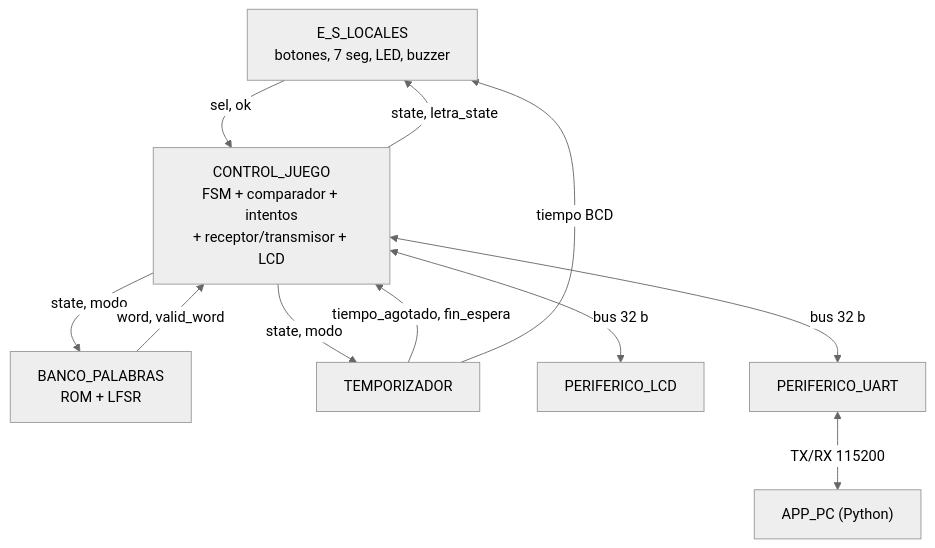
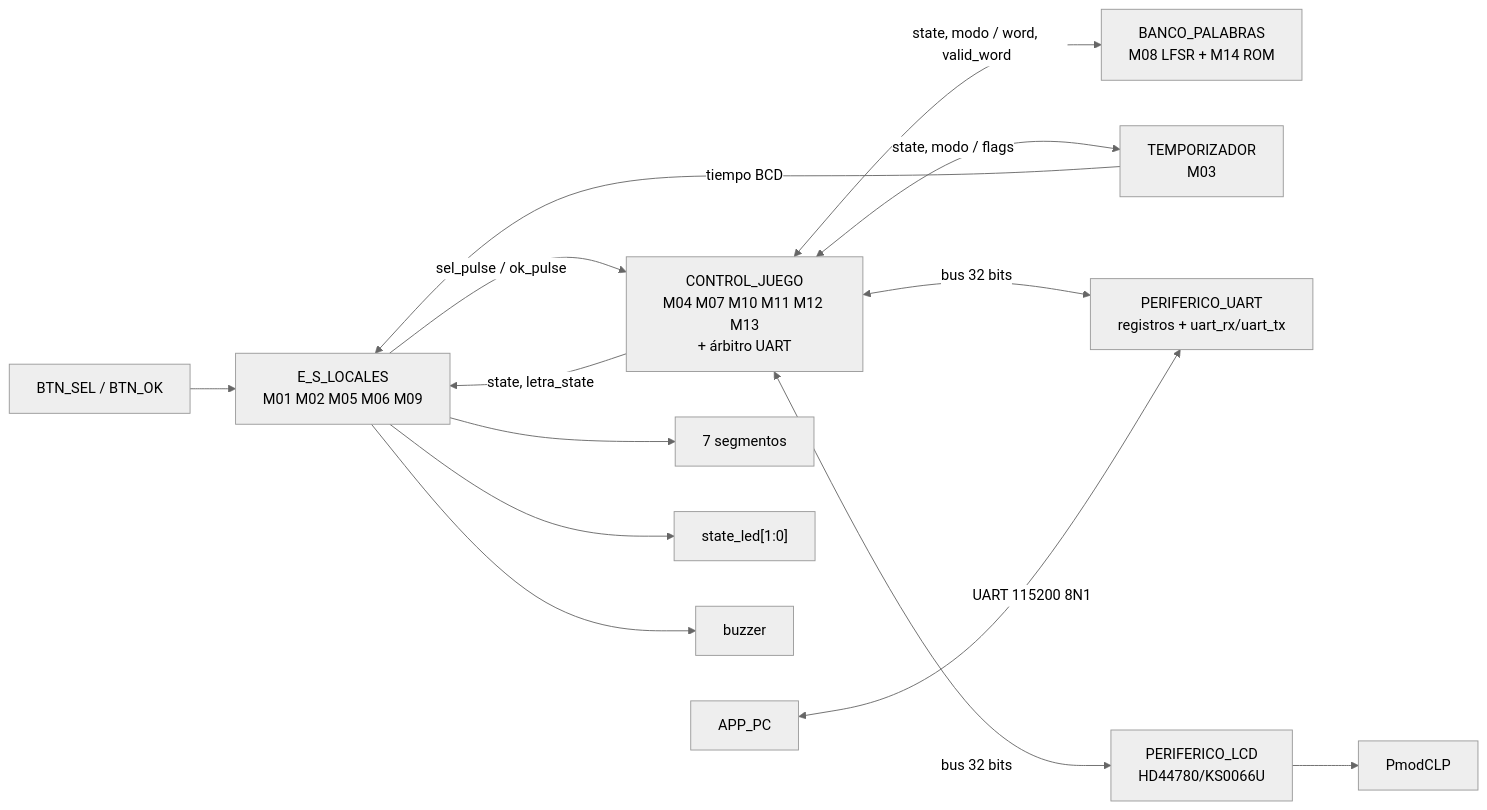
One commit to Taller-de-diseno-digital-GR01/Proyecto-2-Ahorcado changed the second of 8 diagrams in docs/informe/informe.md. Above: the diagram before and after it, drawn with Mermaid (neutral theme). The commit also changed other lines of this file and 22 other files, not shown here.

````diff
--- a/docs/informe/informe.md
+++ b/docs/informe/informe.md
@@ -284,21 +289,20 @@
 ```mermaid
-flowchart TD
-    ESL["E_S_LOCALES<br/>botones, 7 seg, LED, buzzer"]
-    CJ["CONTROL_JUEGO<br/>FSM + comparador + intentos<br/>+ receptor/transmisor + LCD"]
-    BP["BANCO_PALABRAS<br/>ROM + LFSR"]
-    TMP["TEMPORIZADOR"]
-    PLCD["PERIFERICO_LCD"]
-    PUART["PERIFERICO_UART"]
-    PC["APP_PC (Python)"]
+flowchart LR
+    BTN["BTN_SEL / BTN_OK"] --> IO["E_S_LOCALES<br/>M01 M02 M05 M06 M09"]
+    IO -->|"sel_pulse / ok_pulse"| CTRL["CONTROL_JUEGO<br/>M04 M07 M10 M11 M12 M13<br/>+ árbitro UART"]
 
-    ESL -->|sel, ok| CJ
-    CJ -->|state, modo| BP
-    BP -->|word, valid_word| CJ
-    CJ -->|state, modo| TMP
-    TMP -->|tiempo_agotado, fin_espera| CJ
-    TMP -->|tiempo BCD| ESL
-    CJ -->|state, letra_state| ESL
-    CJ <-->|bus 32 b| PLCD
-    CJ <-->|bus 32 b| PUART
-    PUART <-->|TX/RX 115200| PC
+    CTRL <-->|"state, modo / word, valid_word"| BANK["BANCO_PALABRAS<br/>M08 LFSR + M14 ROM"]
+    CTRL <-->|"state, modo / flags"| TIMER["TEMPORIZADOR<br/>M03"]
+    TIMER -->|"tiempo BCD"| IO
+    CTRL -->|"state, letra_state"| IO
+
+    CTRL <-->|"bus 32 bits"| PUART["PERIFERICO_UART<br/>registros + uart_rx/uart_tx"]
+    CTRL <-->|"bus 32 bits"| PLCD["PERIFERICO_LCD<br/>HD44780/KS0066U"]
+
+    PC["APP_PC"] <-->|"UART 115200 8N1"| PUART
+
+    PLCD --> LCD["PmodCLP"]
+    IO --> DISP["7 segmentos"]
+    IO --> LED["state_led[1:0]"]
+    IO --> BUZ["buzzer"]
 ```
````
